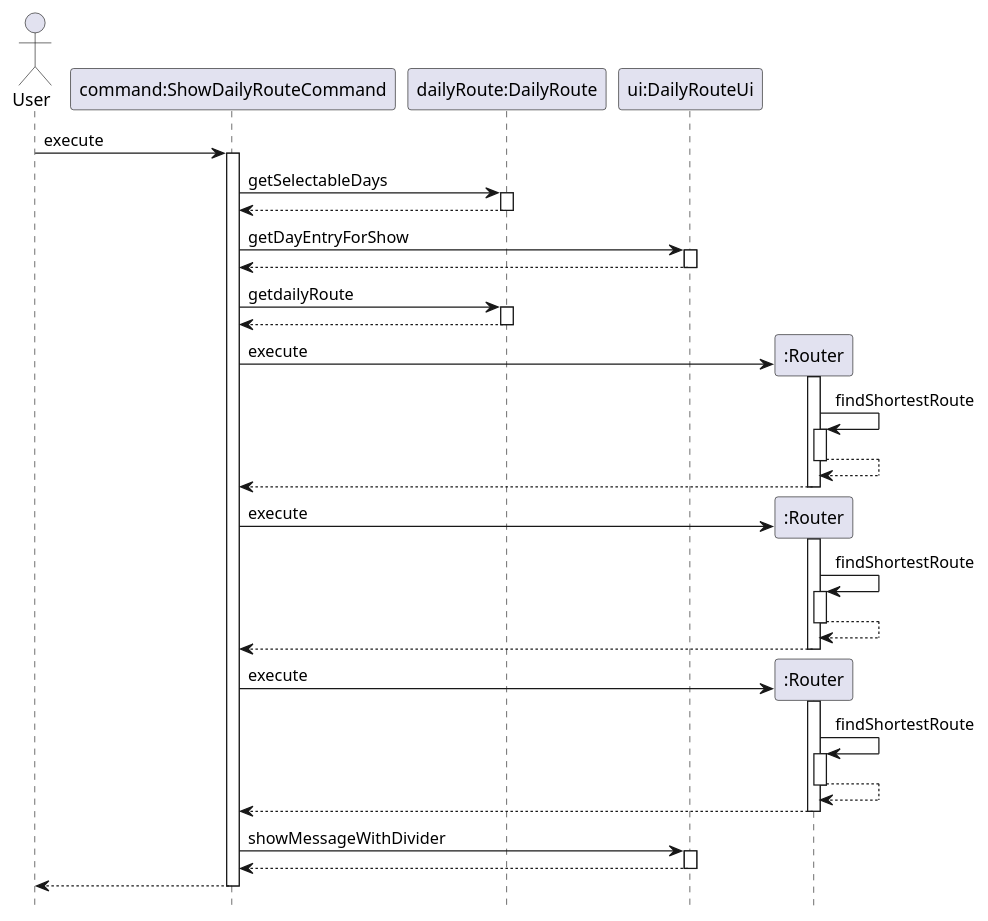
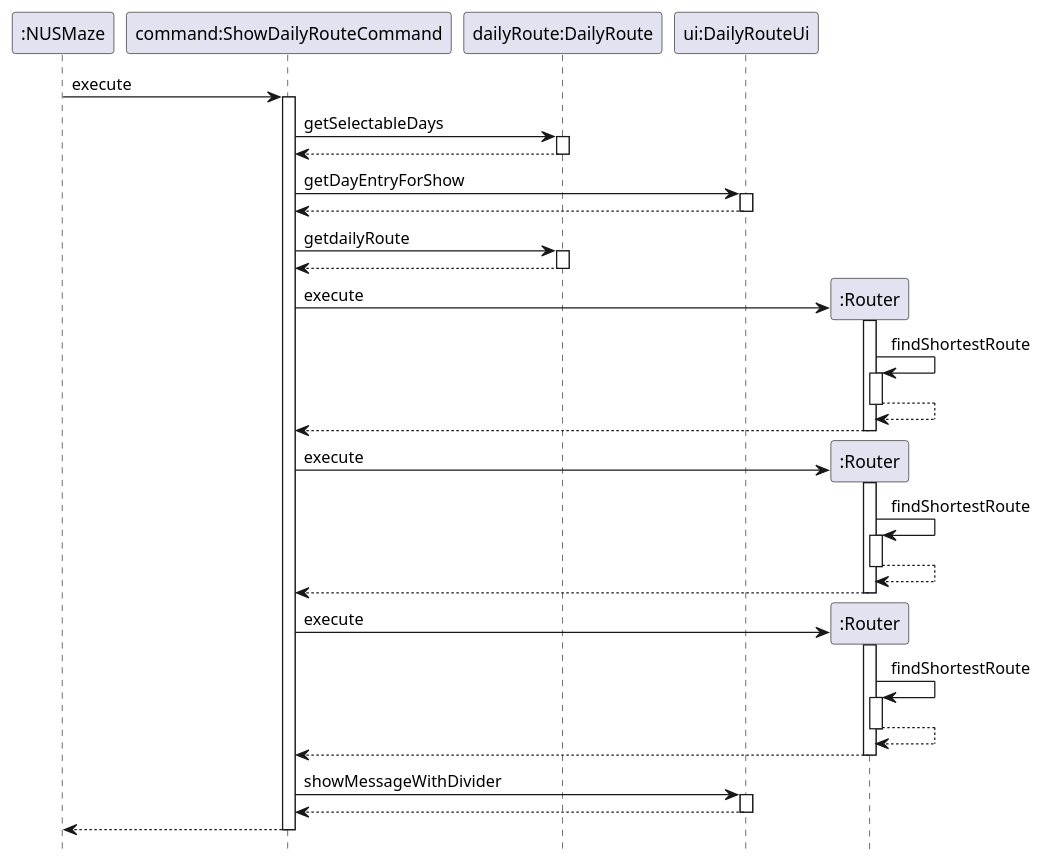
The diagram in docs/showday.puml (nus-cs2113-AY2021S2/tp), drawn with PlantUML before and after one commit. The commit also changed 4 other files, not shown here.

Commit message:
updated uml

```diff
--- a/docs/showday.puml
+++ b/docs/showday.puml
@@ -1,49 +1,49 @@
 @startuml
 hide footbox
 
-actor User
-User -> "command:ShowDailyRouteCommand" : execute
+participant ":NUSMaze"
+":NUSMaze" -> "command:ShowDailyRouteCommand" : execute
 activate "command:ShowDailyRouteCommand"
 "command:ShowDailyRouteCommand" -> "dailyRoute:DailyRoute" : getSelectableDays
 activate "dailyRoute:DailyRoute"
 return
 deactivate "dailyRoute:DailyRoute"
 "command:ShowDailyRouteCommand" -> "ui:DailyRouteUi" : getDayEntryForShow
 activate "ui:DailyRouteUi"
 return
 deactivate "ui:DailyRouteUi"
 "command:ShowDailyRouteCommand" -> "dailyRoute:DailyRoute" : getdailyRoute
 activate "dailyRoute:DailyRoute"
 return
 deactivate "dailyRoute:DailyRoute"
 
 create ":Router"
 "command:ShowDailyRouteCommand" -> ":Router" : execute
 activate ":Router"
 ":Router" -> ":Router" : findShortestRoute
 activate ":Router"
 return
 return
 
 create ":Router"
 "command:ShowDailyRouteCommand" -> ":Router" : execute
 activate ":Router"
 ":Router" -> ":Router" : findShortestRoute
 activate ":Router"
 return
 return
 create ":Router"
 "command:ShowDailyRouteCommand" -> ":Router" : execute
 activate ":Router"
 ":Router" -> ":Router" : findShortestRoute
 activate ":Router"
 return
 return
 
 "command:ShowDailyRouteCommand" -> "ui:DailyRouteUi": showMessageWithDivider
 activate "ui:DailyRouteUi"
 return
 deactivate "ui:DailyRouteUi"
-"command:ShowDailyRouteCommand" --> User
+"command:ShowDailyRouteCommand" --> ":NUSMaze"
 deactivate "command:ShowDailyRouteCommand"
 @enduml
```
